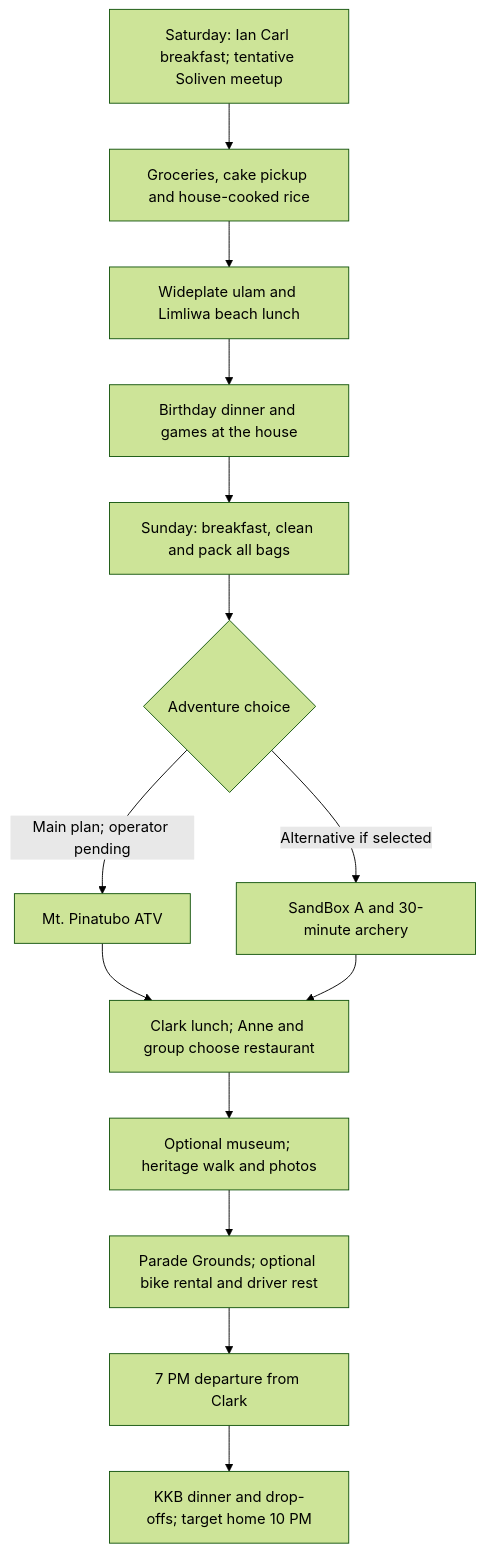
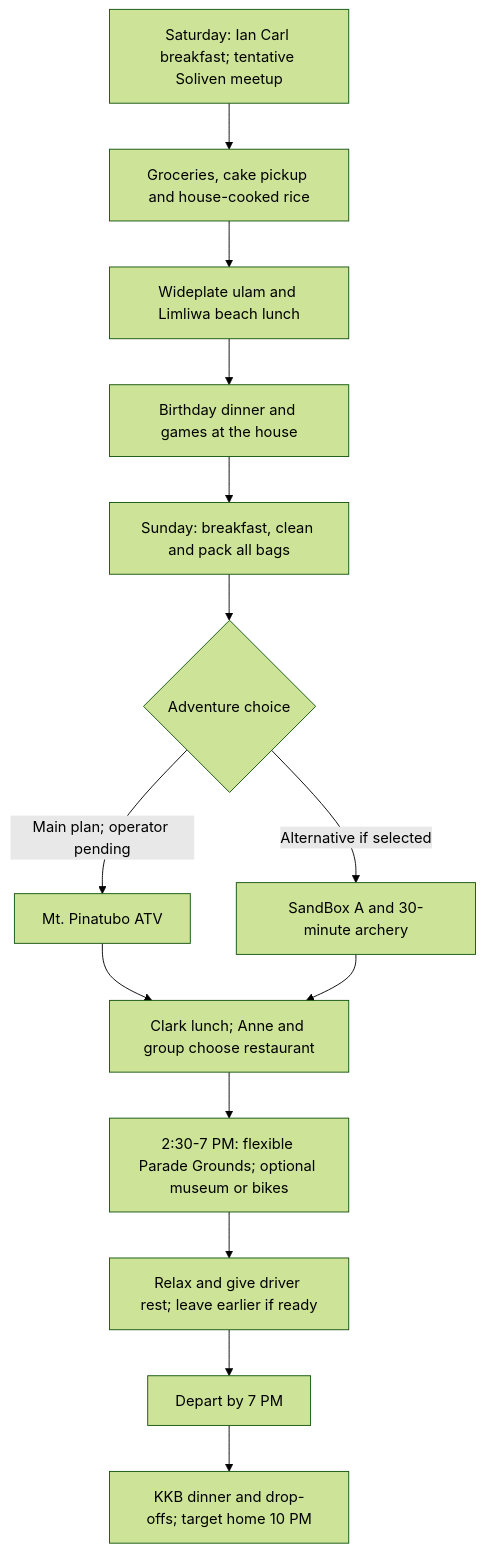
Before and after one commit to itsmcliam/Birthday-Plan: the diagram in assets/trip-flow.mmd, drawn with Mermaid (forest theme). The commit also changed 3 other files, not shown here.

Commit message:
Consolidate Clark afternoon into flexible 2:30-7 PM block with earlier departure option

```diff
--- a/assets/trip-flow.mmd
+++ b/assets/trip-flow.mmd
@@ -1,14 +1,14 @@
 flowchart TD
     A["Saturday: Ian Carl breakfast; tentative Soliven meetup"] --> B["Groceries, cake pickup and house-cooked rice"]
     B --> C["Wideplate ulam and Limliwa beach lunch"]
     C --> D["Birthday dinner and games at the house"]
     D --> E["Sunday: breakfast, clean and pack all bags"]
     E --> F{"Adventure choice"}
     F -->|"Main plan; operator pending"| G["Mt. Pinatubo ATV"]
     F -->|"Alternative if selected"| H["SandBox A and 30-minute archery"]
     G --> I["Clark lunch; Anne and group choose restaurant"]
     H --> I
-    I --> J["Optional museum; heritage walk and photos"]
-    J --> K["Parade Grounds; optional bike rental and driver rest"]
-    K --> L["7 PM departure from Clark"]
+    I --> J["2:30-7 PM: flexible Parade Grounds; optional museum or bikes"]
+    J --> K["Relax and give driver rest; leave earlier if ready"]
+    K --> L["Depart by 7 PM"]
     L --> M["KKB dinner and drop-offs; target home 10 PM"]
```
